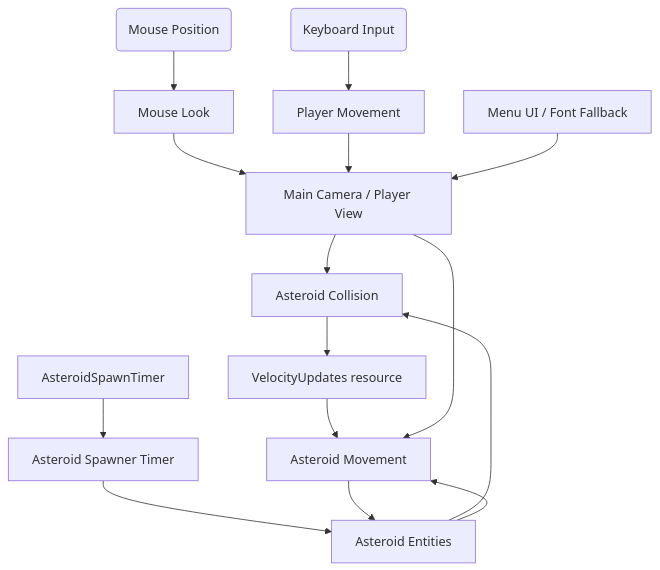
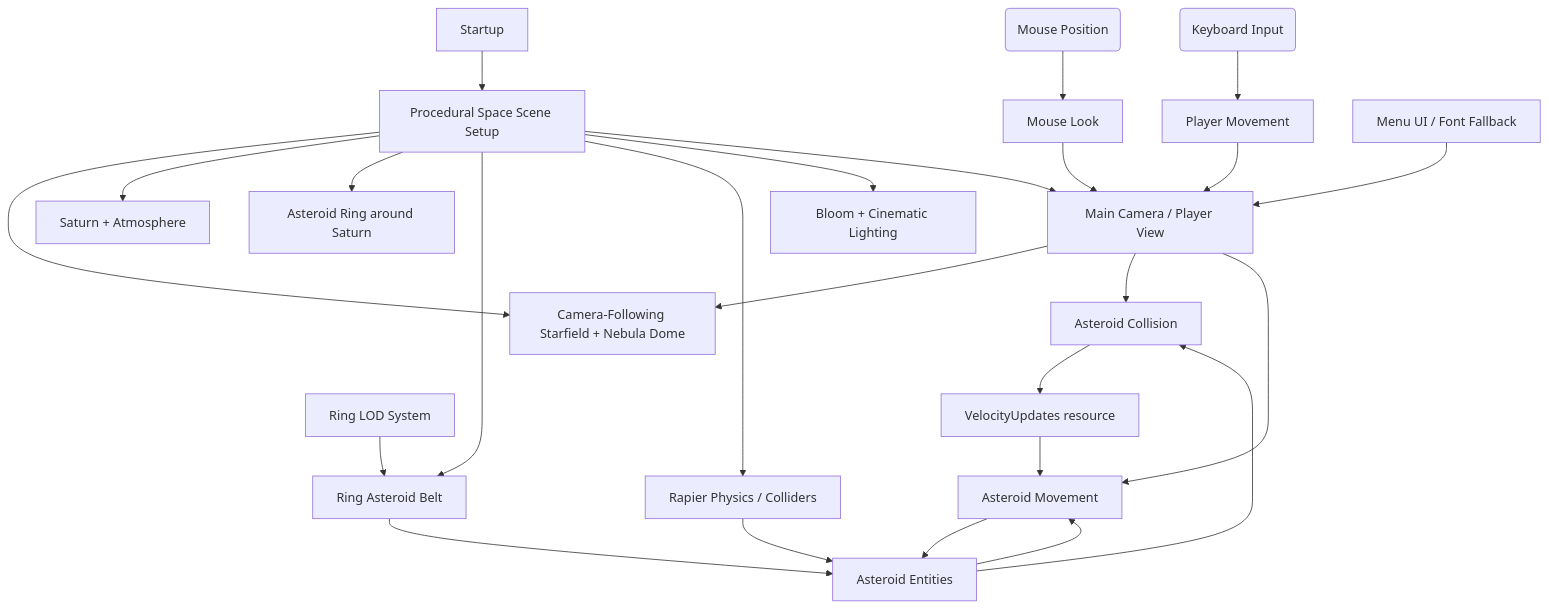
Before and after one commit to antonincacadetruire/space_vibe: the diagram in README.md, drawn with Mermaid. The commit also changed 10 other files, not shown here.

Commit message:
Enhance space scene setup with procedural generation; add Saturn and asteroid ring components; implement camera-following sky dome and ring LOD systems; optimize asteroid spawning and movement mechanics PERFORMANCE ISSUES

````diff
--- a/README.md
+++ b/README.md
@@ -4,31 +4,48 @@
 ```mermaid
 graph TB
   M(Mouse Position)
   K(Keyboard Input)
 
-  S1[Mouse Look]
-  S2[Player Movement]
-  S3[Asteroid Spawner Timer]
-  S4[Asteroid Collision]
-  S5[Asteroid Movement]
-  S6[Menu UI / Font Fallback]
+  SS[Procedural Space Scene Setup]
+  SB[Camera-Following Starfield + Nebula Dome]
+  SP[Saturn + Atmosphere]
+  SRI[Asteroid Ring around Saturn]
+  SR[Ring Asteroid Belt]
+  RP[Rapier Physics / Colliders]
+  LB[Bloom + Cinematic Lighting]
+  LOD[Ring LOD System]
+  ML[Mouse Look]
+  PM[Player Movement]
+  AC[Asteroid Collision]
+  AM[Asteroid Movement]
+  UI[Menu UI / Font Fallback]
   R[Main Camera / Player View]
 
   RV[VelocityUpdates resource]
-  RT[AsteroidSpawnTimer]
 
-  M --> S1
-  S1 --> R
-  K --> S2
-  S2 --> R
-  RT --> S3
-  S3 --> Ast[Asteroid Entities]
-  Ast --> S4
-  S4 --> RV
-  RV --> S5
-  Ast --> S5
-  S5 --> Ast
-  S6 --> R
-  R --> S4
-  R --> S5
+  Startup --> SS
+  SS --> SB
+  SS --> SP
+  SS --> SRI
+  SS --> SR
+  SS --> RP
+  SS --> LB
+  SS --> R
+  R --> SB
+
+  M --> ML
+  ML --> R
+  K --> PM
+  PM --> R
+  SR --> Ast[Asteroid Entities]
+  LOD --> SR
+  Ast --> AC
+  AC --> RV
+  RV --> AM
+  Ast --> AM
+  AM --> Ast
+  RP --> Ast
+  UI --> R
+  R --> AC
+  R --> AM
 ```
````
